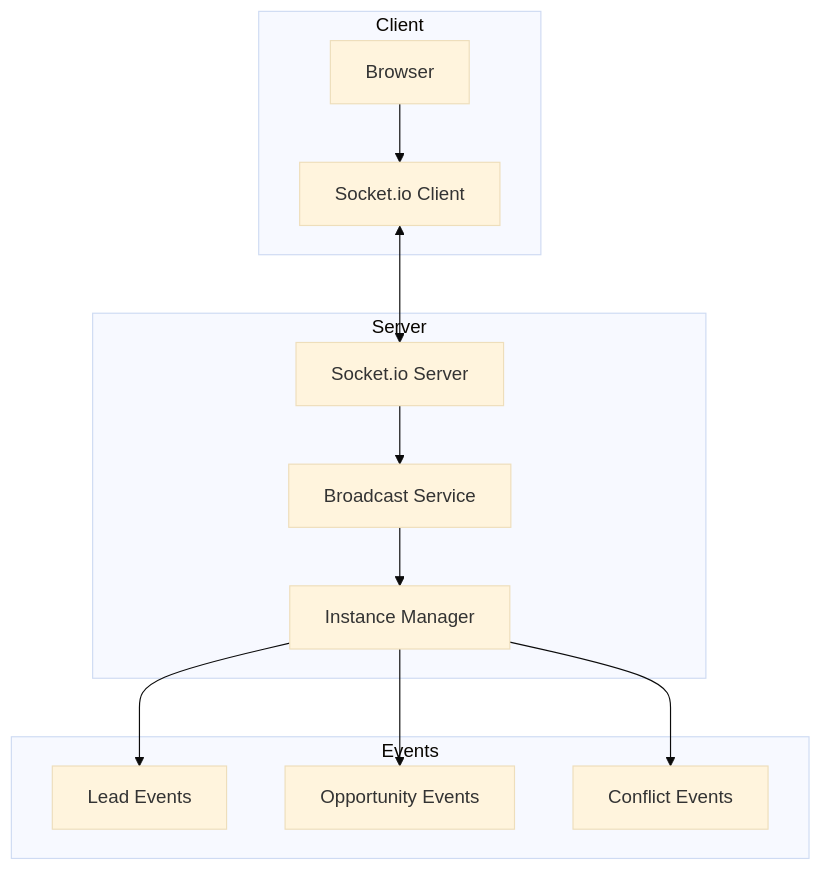
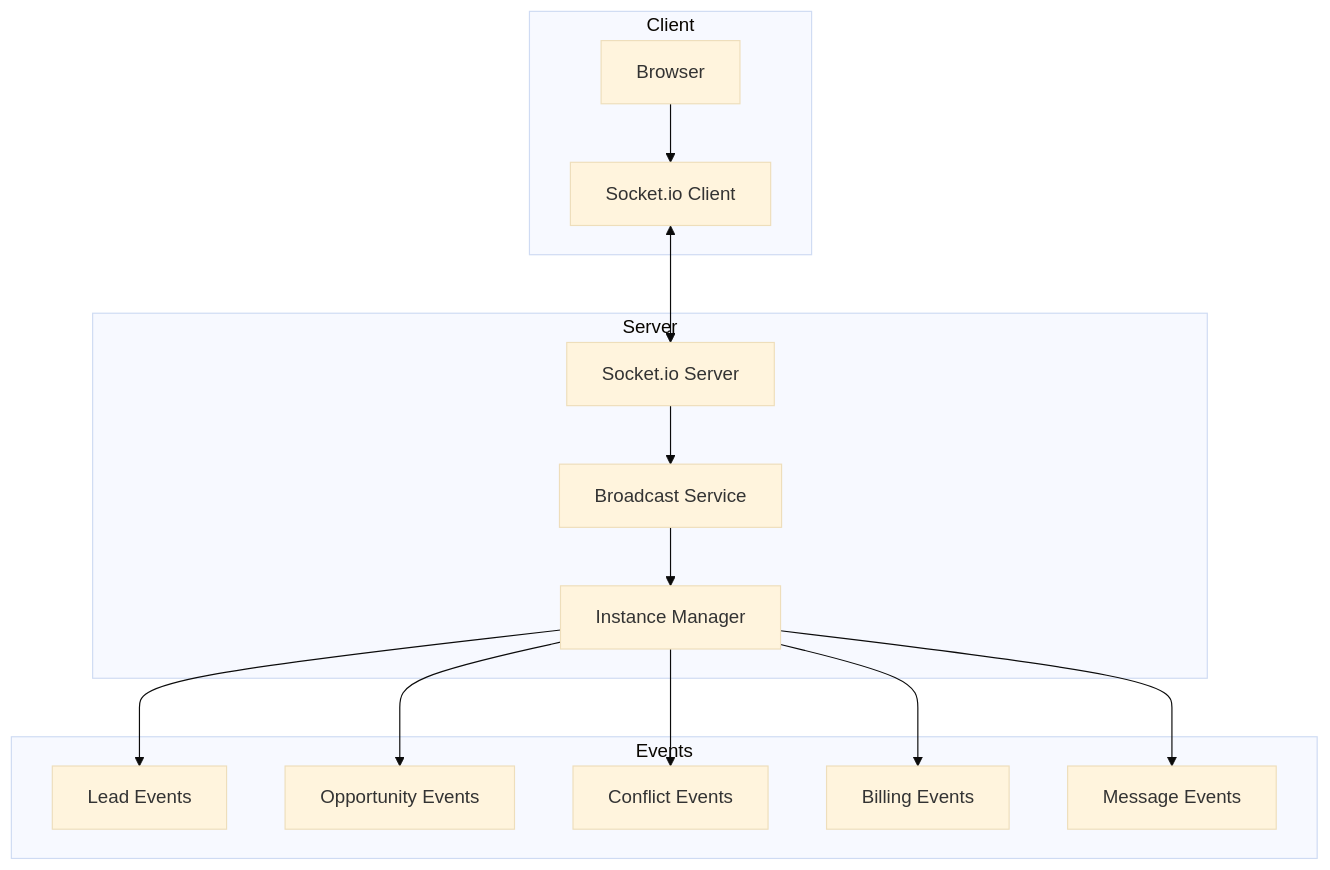
The diagram in developers/integrations/realtime.mdx (fosman1977/docs), drawn with Mermaid (base theme) before and after one commit. The commit also changed other lines of this file and 25 other files, not shown here.

````diff
--- a/developers/integrations/realtime.mdx
+++ b/developers/integrations/realtime.mdx
@@ -28,27 +26,31 @@
 ```mermaid
 graph TB
     subgraph "Client"
         Browser[Browser]
         SocketClient[Socket.io Client]
     end
 
     subgraph "Server"
         SocketServer[Socket.io Server]
         Broadcast[Broadcast Service]
         Instance[Instance Manager]
     end
 
     subgraph "Events"
         LeadEvents[Lead Events]
         OpportunityEvents[Opportunity Events]
         ConflictEvents[Conflict Events]
+        BillingEvents[Billing Events]
+        MessageEvents[Message Events]
     end
 
     Browser --> SocketClient
     SocketClient <--> SocketServer
     SocketServer --> Broadcast
     Broadcast --> Instance
     Instance --> LeadEvents
     Instance --> OpportunityEvents
     Instance --> ConflictEvents
+    Instance --> BillingEvents
+    Instance --> MessageEvents
 ```
````
